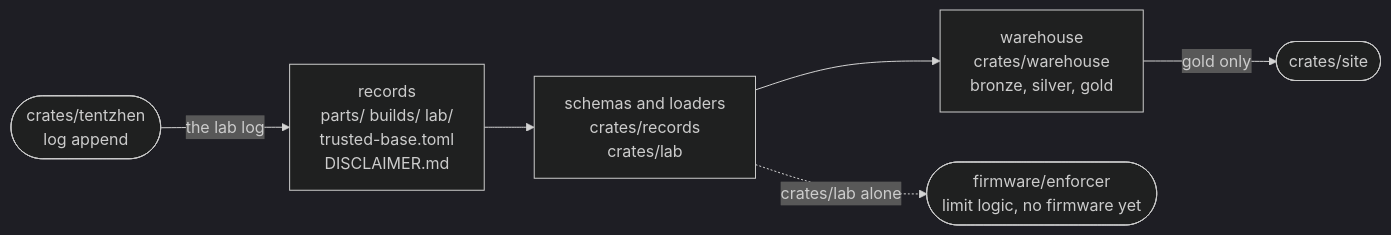
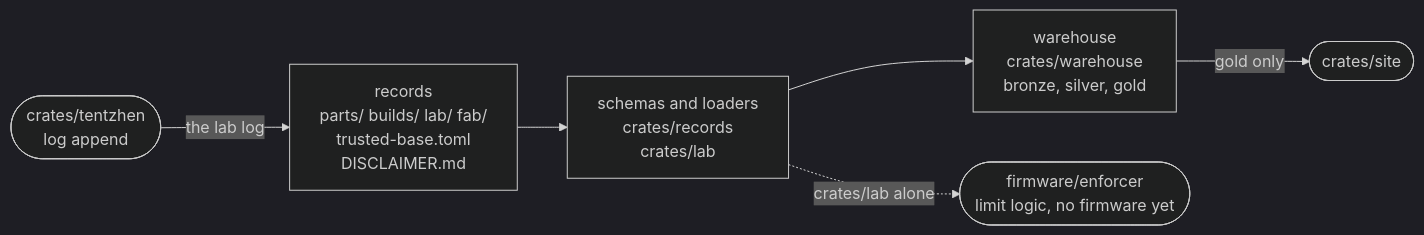
Before and after one commit to via-balaena/tentzhen: the diagram in docs/architecture.md, drawn with Mermaid (dark theme). The commit also changed other lines of this file and 22 other files, not shown here.

````diff
--- a/docs/architecture.md
+++ b/docs/architecture.md
@@ -9,12 +9,12 @@
 ```mermaid
 flowchart LR
-  records["records<br/>parts/ builds/ lab/<br/>trusted-base.toml<br/>DISCLAIMER.md"]
+  records["records<br/>parts/ builds/ lab/ fab/<br/>trusted-base.toml<br/>DISCLAIMER.md"]
   schemas["schemas and loaders<br/>crates/records<br/>crates/lab"]
   warehouse["warehouse<br/>crates/warehouse<br/>bronze, silver, gold"]
   site(["crates/site"])
   enforcer(["firmware/enforcer<br/>limit logic, no firmware yet"])
   host(["crates/tentzhen<br/>log append"])
   records --> schemas --> warehouse -- gold only --> site
   schemas -. crates/lab alone .-> enforcer
   host -- the lab log --> records
 ```
````
